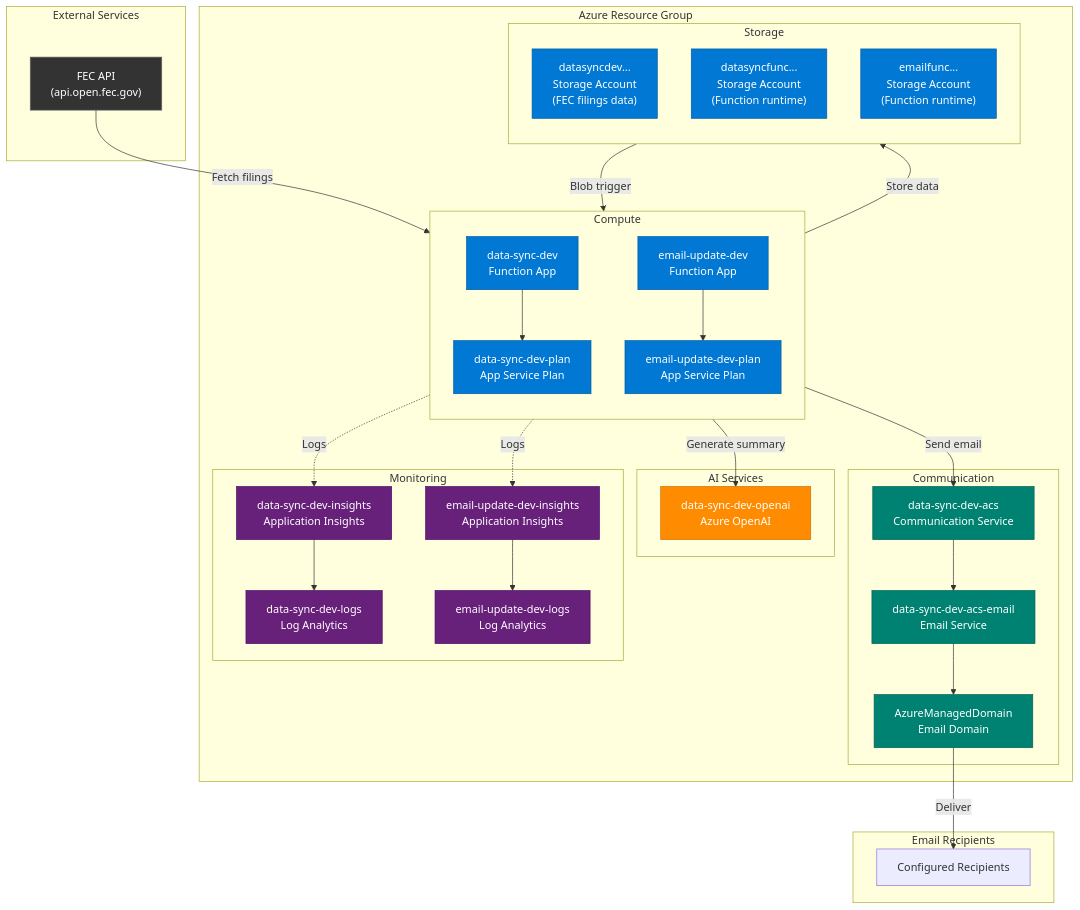
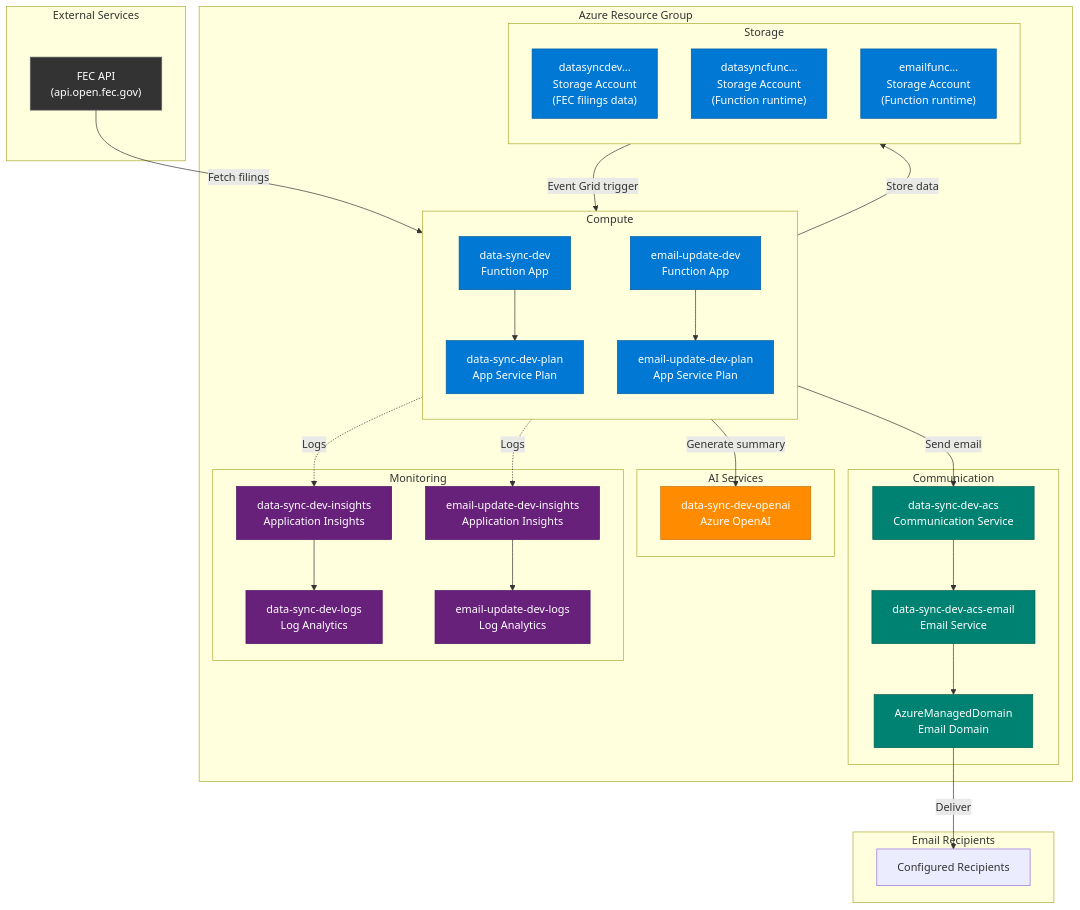
One commit to microsoft/Social-Impact-Dev---Copilot-Agent-Prototype changed the diagram in docs/infrastructure.md. Above: the diagram before and after it, drawn with Mermaid. The commit also changed other lines of this file and 5 other files, not shown here.

````diff
--- a/docs/infrastructure.md
+++ b/docs/infrastructure.md
@@ -7,77 +7,77 @@
 ```mermaid
 flowchart TB
     subgraph External["External Services"]
         FEC["FEC API<br/>(api.open.fec.gov)"]
     end
 
     subgraph RG["Azure Resource Group"]
         subgraph Compute["Compute"]
             direction TB
             DSFunc["data-sync-dev<br/>Function App"]
             DSPlan["data-sync-dev-plan<br/>App Service Plan"]
             EUFunc["email-update-dev<br/>Function App"]
             EUPlan["email-update-dev-plan<br/>App Service Plan"]
         end
 
         subgraph Storage["Storage"]
             direction TB
             DataStore["datasyncdev...<br/>Storage Account<br/>(FEC filings data)"]
             DSFuncStore["datasyncfunc...<br/>Storage Account<br/>(Function runtime)"]
             EUFuncStore["emailfunc...<br/>Storage Account<br/>(Function runtime)"]
         end
 
         subgraph AI["AI Services"]
             OpenAI["data-sync-dev-openai<br/>Azure OpenAI"]
         end
 
         subgraph Communication["Communication"]
             ACS["data-sync-dev-acs<br/>Communication Service"]
             ACSEmail["data-sync-dev-acs-email<br/>Email Service"]
             ACSEmailDomain["AzureManagedDomain<br/>Email Domain"]
         end
 
         subgraph Monitoring["Monitoring"]
             DSInsights["data-sync-dev-insights<br/>Application Insights"]
             DSLogs["data-sync-dev-logs<br/>Log Analytics"]
             EUInsights["email-update-dev-insights<br/>Application Insights"]
             EULogs["email-update-dev-logs<br/>Log Analytics"]
         end
     end
 
     subgraph Recipients["Email Recipients"]
         Email["Configured Recipients"]
     end
 
     %% Data flow
     FEC -->|"Fetch filings"| DSFunc
     DSFunc -->|"Store data"| DataStore
     DSFunc --> DSPlan
     DSFunc -.->|"Logs"| DSInsights
     DSInsights --> DSLogs
 
-    DataStore -->|"Blob trigger"| EUFunc
+    DataStore -->|"Event Grid trigger"| EUFunc
     EUFunc --> EUPlan
     EUFunc -->|"Generate summary"| OpenAI
     EUFunc -->|"Send email"| ACS
     EUFunc -.->|"Logs"| EUInsights
     EUInsights --> EULogs
 
     ACS --> ACSEmail
     ACSEmail --> ACSEmailDomain
     ACSEmailDomain -->|"Deliver"| Email
 
     %% Styling
     classDef funcApp fill:#0078D4,stroke:#005A9E,color:#fff
     classDef storage fill:#0078D4,stroke:#005A9E,color:#fff
     classDef monitoring fill:#68217A,stroke:#4B0D61,color:#fff
     classDef ai fill:#FF8C00,stroke:#CC7000,color:#fff
     classDef comm fill:#008272,stroke:#006050,color:#fff
     classDef external fill:#333,stroke:#666,color:#fff
 
     class DSFunc,EUFunc,DSPlan,EUPlan funcApp
     class DataStore,DSFuncStore,EUFuncStore storage
     class DSInsights,DSLogs,EUInsights,EULogs monitoring
     class OpenAI ai
     class ACS,ACSEmail,ACSEmailDomain comm
     class FEC external
 ```
````
